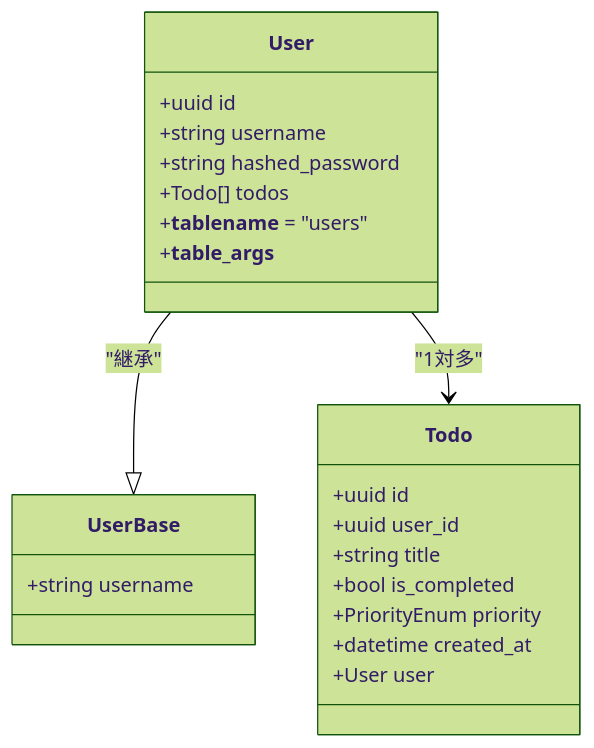
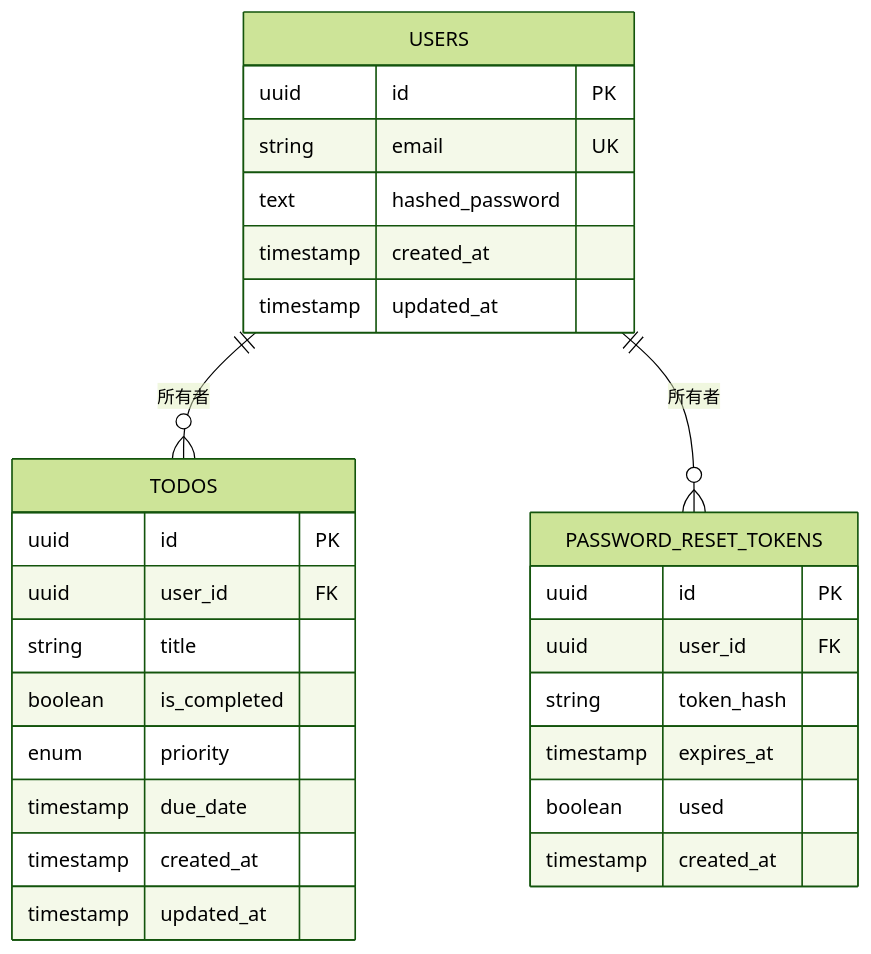
One commit to ss8806/Todos changed the second of 4 diagrams in .qoder/repowiki/ja/content/データベース設計/データベース設計.md. Above: the diagram before and after it, drawn with Mermaid (forest theme). The commit also changed other lines of this file and 106 other files, not shown here.

````diff
--- a/.qoder/repowiki/ja/content/データベース設計/データベース設計.md
+++ b/.qoder/repowiki/ja/content/データベース設計/データベース設計.md
@@ -153,25 +108,30 @@
 ```mermaid
-classDiagram
-class User {
-+uuid id
-+string username
-+string hashed_password
-+Todo[] todos
-+__tablename__ = "users"
-+__table_args__
+erDiagram
+USERS {
+uuid id PK
+string email UK
+text hashed_password
+timestamp created_at
+timestamp updated_at
 }
-class UserBase {
-+string username
+TODOS {
+uuid id PK
+uuid user_id FK
+string title
+boolean is_completed
+enum priority
+timestamp due_date
+timestamp created_at
+timestamp updated_at
 }
-class Todo {
-+uuid id
-+uuid user_id
-+string title
-+bool is_completed
-+PriorityEnum priority
-+datetime created_at
-+User user
+PASSWORD_RESET_TOKENS {
+uuid id PK
+uuid user_id FK
+string token_hash
+timestamp expires_at
+boolean used
+timestamp created_at
 }
-User --|> UserBase : "継承"
-User --> Todo : "1対多"
+USERS ||--o{ TODOS : "所有者"
+USERS ||--o{ PASSWORD_RESET_TOKENS : "所有者"
 ```
````
